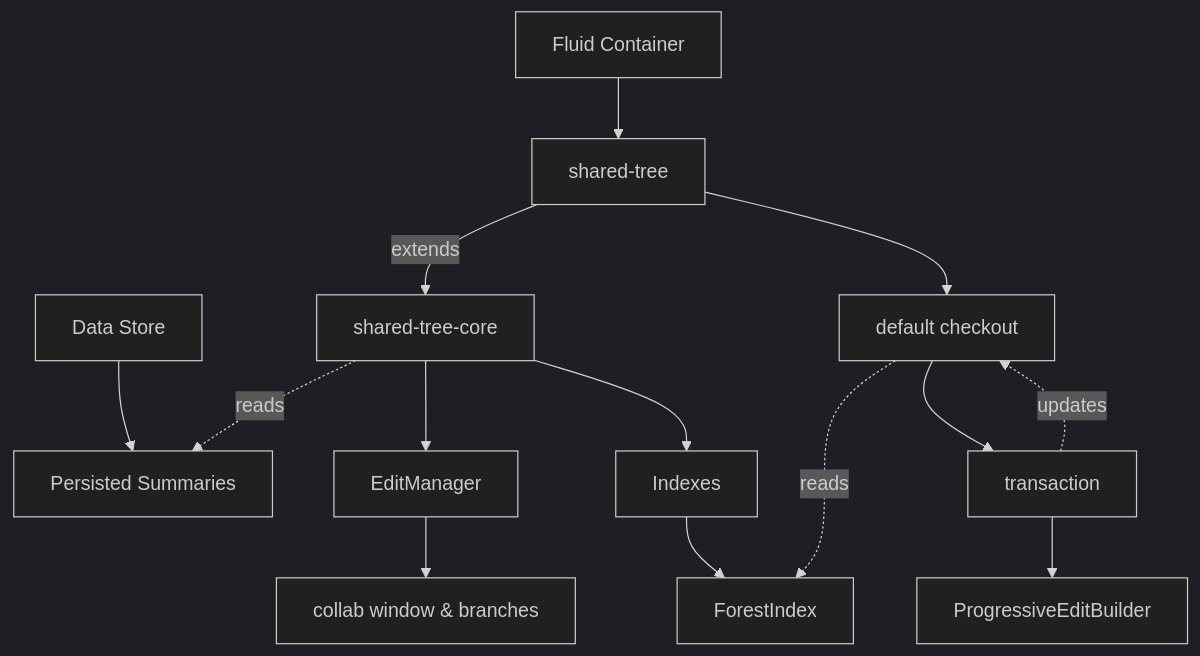
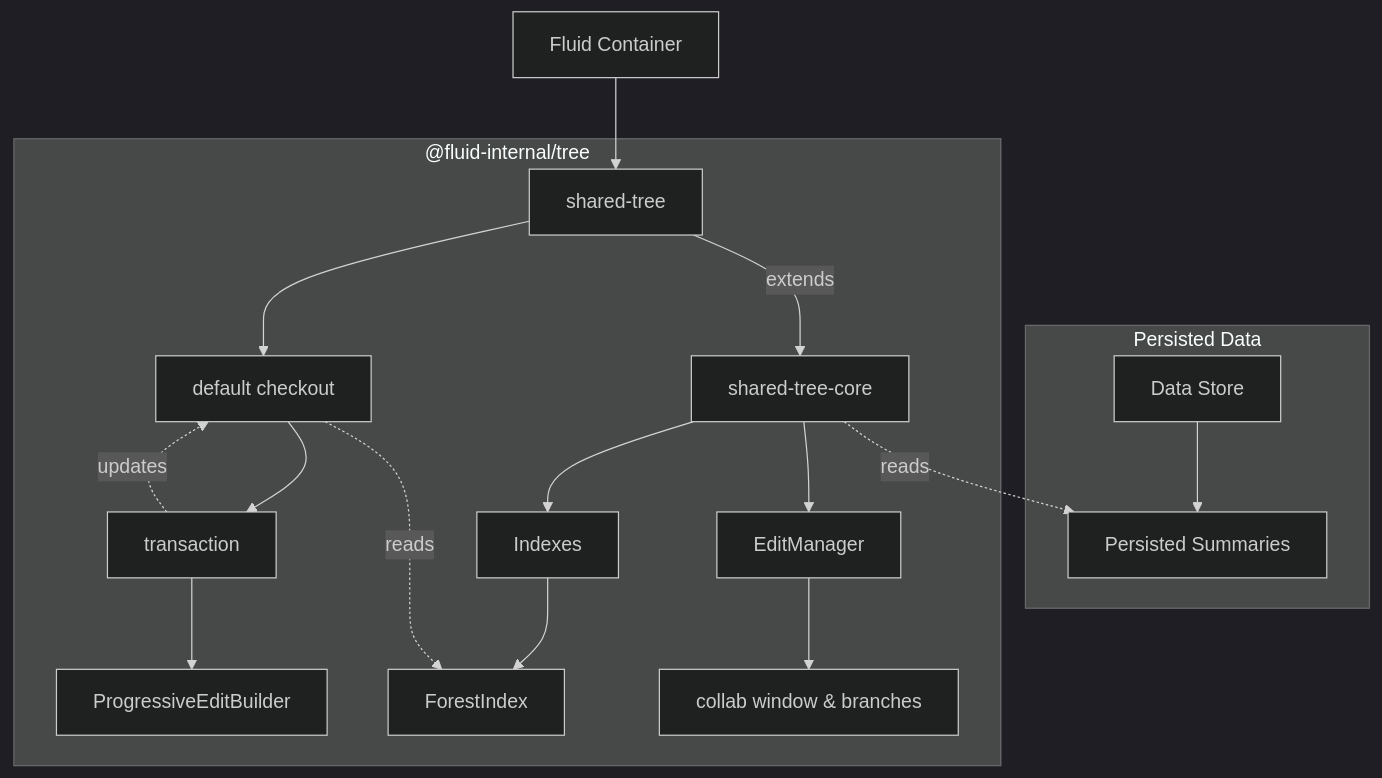
The first of 5 diagrams in packages/dds/tree/README.md (microsoft/FluidFramework), drawn with Mermaid (dark theme) before and after one commit. The commit also changed other lines of this file, not shown here.

Commit message:
use subgraph and make all charts left to right

````diff
--- a/packages/dds/tree/README.md
+++ b/packages/dds/tree/README.md
@@ -72,12 +72,18 @@
 ```mermaid
 graph TD;
-    store["Data Store"]-->doc["Persisted Summaries"]
-    container["Fluid Container"]-->shared-tree;
-    shared-tree--"extends"-->shared-tree-core;
-    shared-tree-core-."reads".->doc;
-    shared-tree-core-->EditManager-->X["collab window & branches"];
-    shared-tree-core-->Indexes-->ForestIndex;
-    shared-tree-->checkout["default checkout"]-->transaction-."updates".->checkout;
-    transaction-->ProgressiveEditBuilder
-    checkout-."reads".->ForestIndex;
+    subgraph "Persisted Data"
+        store["Data Store"]-->doc["Persisted Summaries"]
+    end
+    container["Fluid Container"]-->shared-tree
+    subgraph "@fluid-internal/tree"
+        shared-tree--"extends"-->shared-tree-core
+        shared-tree-core-."reads".->doc
+        shared-tree-core-->EditManager-->X["collab window & branches"]
+        shared-tree-core-->Indexes-->ForestIndex
+        shared-tree-->checkout["default checkout"]
+        transaction-."updates".->checkout
+        transaction-->ProgressiveEditBuilder
+        checkout-."reads".->ForestIndex
+        checkout-->transaction
+    end
 ```
````
